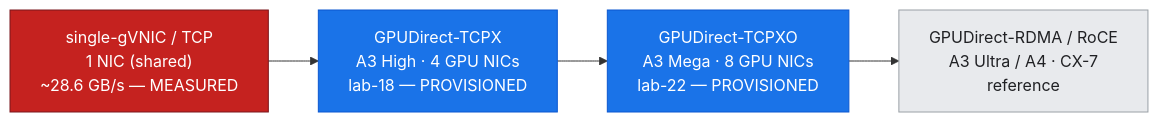
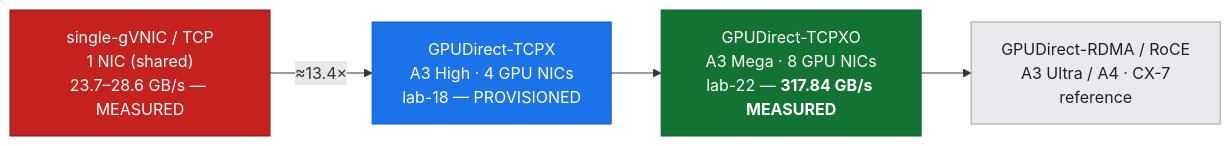
Before and after one commit to elideng-sg/hypercomputer-internode-deepdive: the second of 3 diagrams in docs/part6-architecture-gcp-integration/21-gke-network-design.md, drawn with Mermaid. The commit also changed other lines of this file and 16 other files, not shown here.

````diff
--- a/docs/part6-architecture-gcp-integration/21-gke-network-design.md
+++ b/docs/part6-architecture-gcp-integration/21-gke-network-design.md
@@ -64,10 +64,11 @@
 ```mermaid
 flowchart LR
-  R0["single-gVNIC / TCP<br/>1 NIC (shared)<br/>~28.6 GB/s — MEASURED"] --> R1["GPUDirect-TCPX<br/>A3 High · 4 GPU NICs<br/>lab-18 — PROVISIONED"]
-  R1 --> R2["GPUDirect-TCPXO<br/>A3 Mega · 8 GPU NICs<br/>lab-22 — PROVISIONED"]
+  R0["single-gVNIC / TCP<br/>1 NIC (shared)<br/>23.7–28.6 GB/s — MEASURED"] -->|"≈13.4×"| R1["GPUDirect-TCPX<br/>A3 High · 4 GPU NICs<br/>lab-18 — PROVISIONED"]
+  R1 --> R2["GPUDirect-TCPXO<br/>A3 Mega · 8 GPU NICs<br/>lab-22 — <b>317.84 GB/s MEASURED</b>"]
   R2 --> R3["GPUDirect-RDMA / RoCE<br/>A3 Ultra / A4 · CX-7<br/>reference"]
   classDef crit fill:#c5221f,stroke:#7a161c,color:#ffffff;
   classDef meas fill:#1a73e8,stroke:#0b57d0,color:#ffffff;
+  classDef good fill:#137333,stroke:#0d652d,color:#ffffff;
   classDef ctx fill:#e8eaed,stroke:#9aa0a6,color:#202124;
-  class R0 crit; class R1,R2 meas; class R3 ctx;
+  class R0 crit; class R1 meas; class R2 good; class R3 ctx;
 ```
````
